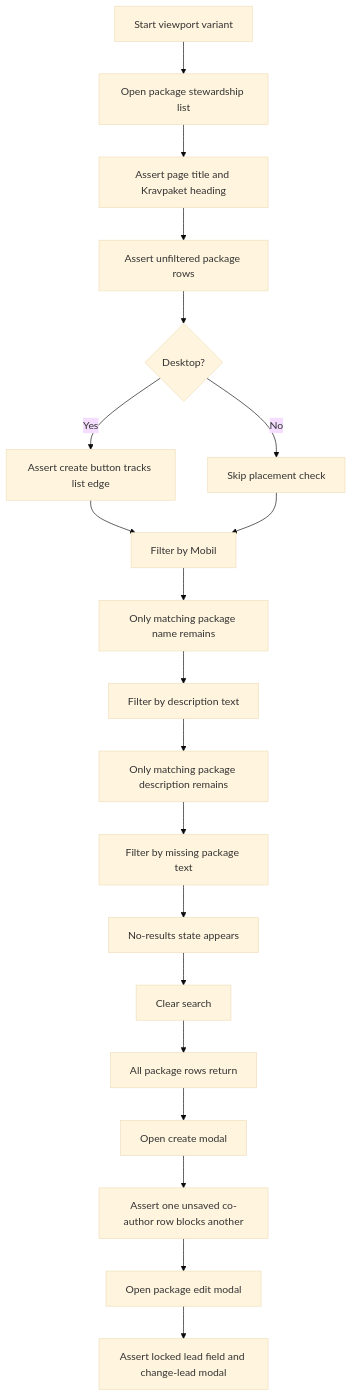
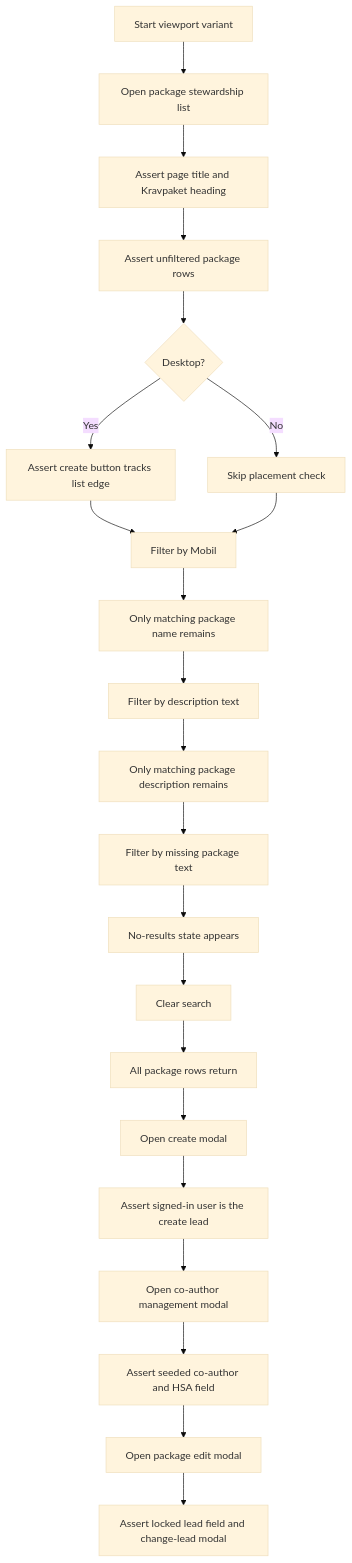
The first of 3 diagrams in tests/integration/requirement-packages-list.md (viscalyx/Kravhantering), drawn with Mermaid (base theme) before and after one commit. The commit also changed other lines of this file and 10 other files, not shown here.

Commit message:
feat: enhance co-author management across specifications and requirement packages

````diff
--- a/tests/integration/requirement-packages-list.md
+++ b/tests/integration/requirement-packages-list.md
@@ -15,22 +15,24 @@
 ```mermaid
 flowchart TD
     A[Start viewport variant] --> B[Open package stewardship list]
     B --> C[Assert page title and Kravpaket heading]
     C --> D[Assert unfiltered package rows]
     D --> E{Desktop?}
     E -- Yes --> F[Assert create button tracks list edge]
     E -- No --> G[Skip placement check]
     F --> H[Filter by Mobil]
     G --> H
     H --> I[Only matching package name remains]
     I --> J[Filter by description text]
     J --> K[Only matching package description remains]
     K --> L[Filter by missing package text]
     L --> M[No-results state appears]
     M --> N[Clear search]
     N --> O[All package rows return]
     O --> P[Open create modal]
-    P --> Q[Assert one unsaved co-author row blocks another]
-    Q --> R[Open package edit modal]
-    R --> S[Assert locked lead field and change-lead modal]
+    P --> Q[Assert signed-in user is the create lead]
+    Q --> R[Open co-author management modal]
+    R --> S[Assert seeded co-author and HSA field]
+    S --> T[Open package edit modal]
+    T --> U[Assert locked lead field and change-lead modal]
 ```
````
